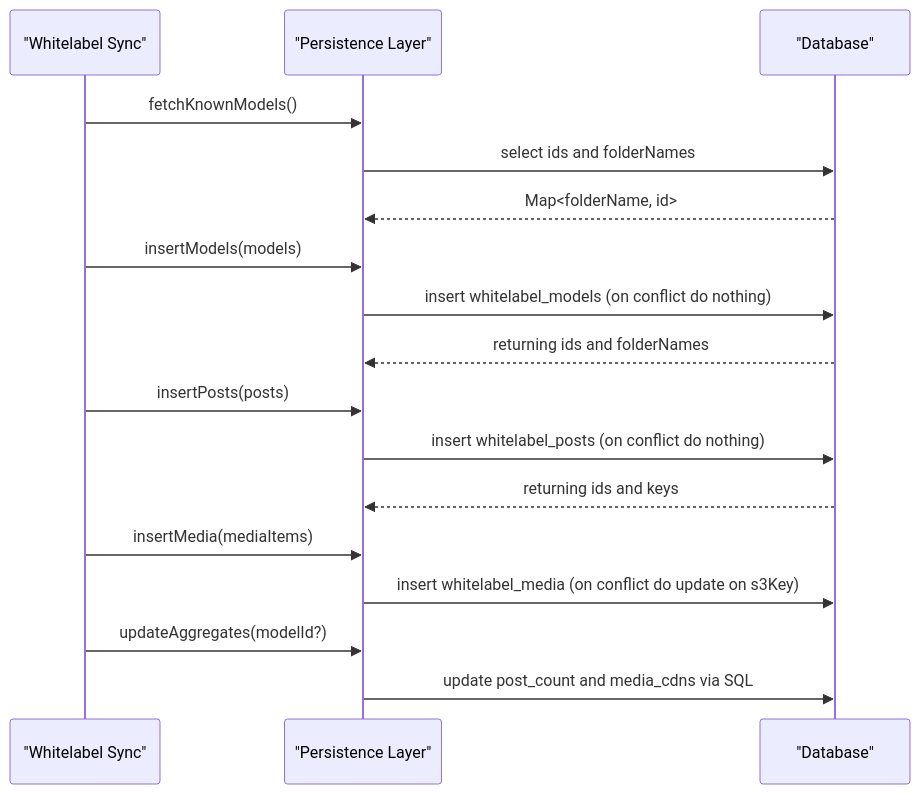
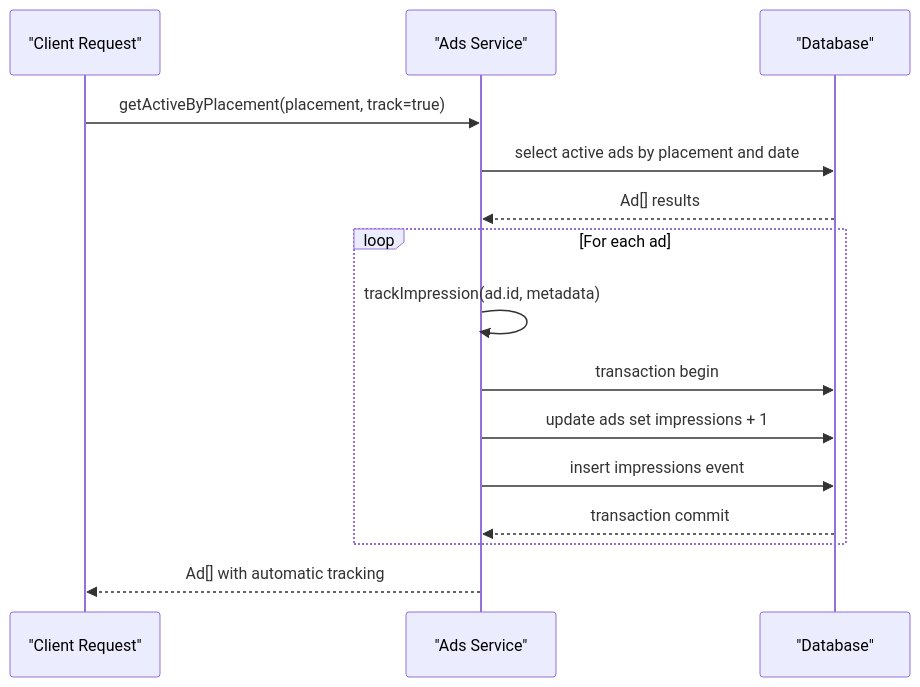
One commit to eromedrive2tb-gif/Avitrine changed the third of 4 diagrams in .qoder/repowiki/en/content/Database Design/Database Design.md. Above: the diagram before and after it, drawn with Mermaid. The commit also changed other lines of this file and 18 other files, not shown here.

````diff
--- a/.qoder/repowiki/en/content/Database Design/Database Design.md
+++ b/.qoder/repowiki/en/content/Database Design/Database Design.md
@@ -380,19 +521,17 @@
 ```mermaid
 sequenceDiagram
-participant Sync as "Whitelabel Sync"
-participant Persist as "Persistence Layer"
+participant Client as "Client Request"
+participant AdsSvc as "Ads Service"
 participant DB as "Database"
-Sync->>Persist : fetchKnownModels()
-Persist->>DB : select ids and folderNames
-DB-->>Persist : Map<folderName, id>
-Sync->>Persist : insertModels(models)
-Persist->>DB : insert whitelabel_models (on conflict do nothing)
-DB-->>Persist : returning ids and folderNames
-Sync->>Persist : insertPosts(posts)
-Persist->>DB : insert whitelabel_posts (on conflict do nothing)
-DB-->>Persist : returning ids and keys
-Sync->>Persist : insertMedia(mediaItems)
-Persist->>DB : insert whitelabel_media (on conflict do update on s3Key)
-Sync->>Persist : updateAggregates(modelId?)
-Persist->>DB : update post_count and media_cdns via SQL
+Client->>AdsSvc : getActiveByPlacement(placement, track=true)
+AdsSvc->>DB : select active ads by placement and date
+DB-->>AdsSvc : Ad[] results
+loop For each ad
+AdsSvc->>AdsSvc : trackImpression(ad.id, metadata)
+AdsSvc->>DB : transaction begin
+AdsSvc->>DB : update ads set impressions + 1
+AdsSvc->>DB : insert impressions event
+DB-->>AdsSvc : transaction commit
+end
+AdsSvc-->>Client : Ad[] with automatic tracking
 ```
````
